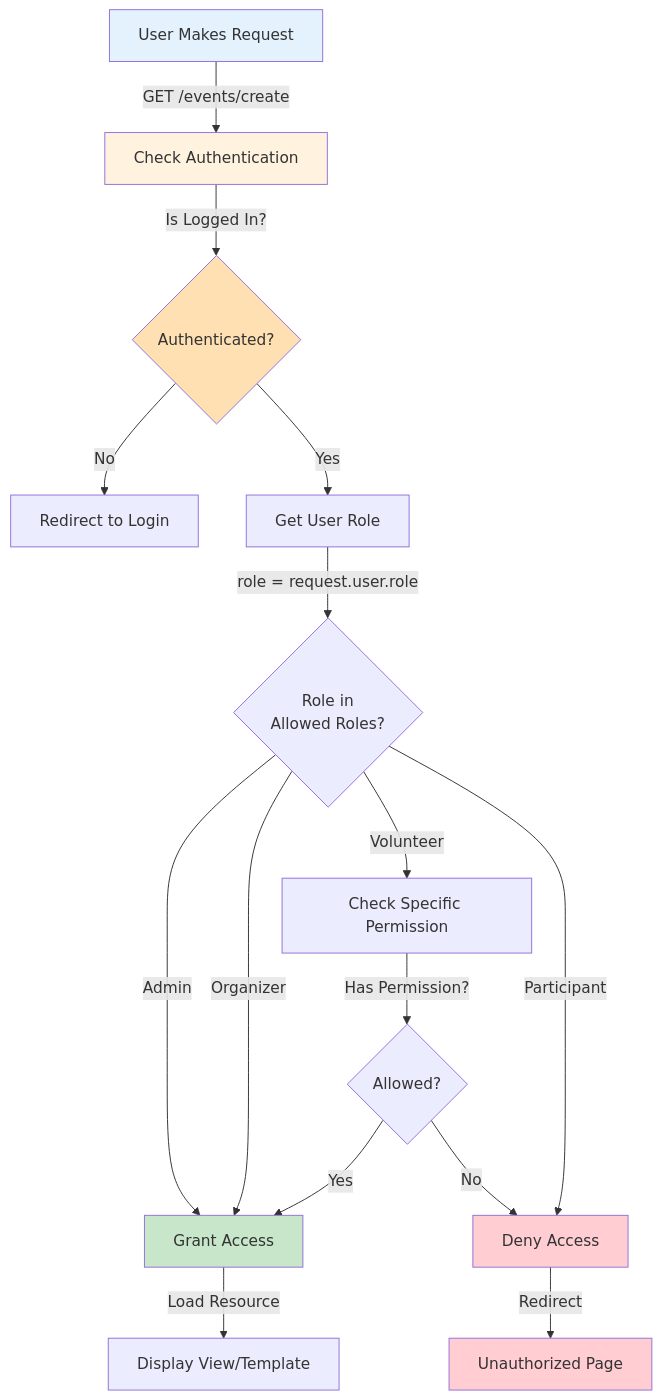
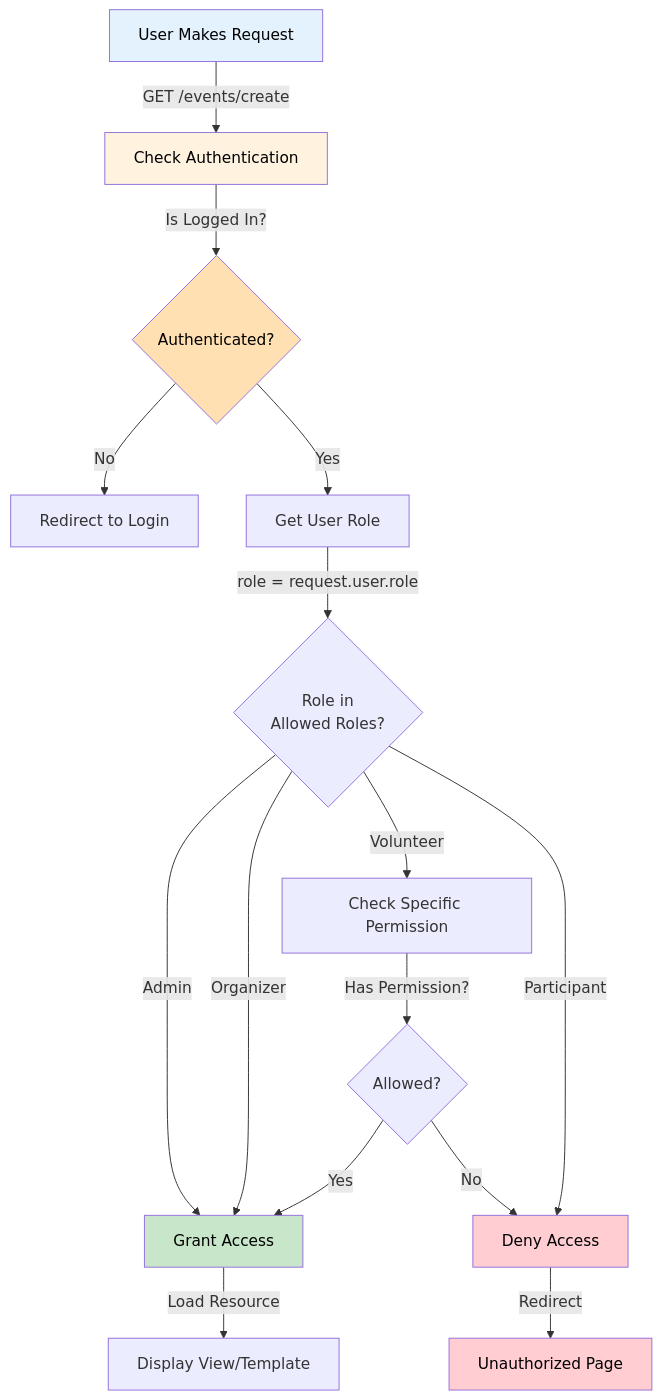
The seventh of 16 diagrams in LLD_DIA.md (shashankpandey04/event_manager), drawn with Mermaid before and after one commit. The commit also changed other lines of this file, not shown here.

Commit message:
fix: Update style attributes in LLD flow diagrams for consistent color formatting

````diff
--- a/LLD_DIA.md
+++ b/LLD_DIA.md
@@ -173,24 +173,24 @@
 ```mermaid
 graph TD
     A["User Makes Request"] -->|GET /events/create| B["Check Authentication"]
     B -->|Is Logged In?| C{"Authenticated?"}
     C -->|No| D["Redirect to Login"]
     C -->|Yes| E["Get User Role"]
     E -->|role = request.user.role| F{"Role in<br/>Allowed Roles?"}
     F -->|Admin| G["Grant Access"]
     F -->|Organizer| G
     F -->|Volunteer| H["Check Specific Permission"]
     F -->|Participant| I["Deny Access"]
     G -->|Load Resource| J["Display View/Template"]
     H -->|Has Permission?| K{"Allowed?"}
     K -->|Yes| G
     K -->|No| I
     I -->|Redirect| L["Unauthorized Page"]
     
-    style A fill:#e3f2fd
-    style B fill:#fff3e0
-    style C fill:#ffe0b2
-    style G fill:#c8e6c9
-    style I fill:#ffcdd2
-    style L fill:#ffcdd2
+    style A fill:#e3f2fd,color:#000000
+    style B fill:#fff3e0,color:#000000
+    style C fill:#ffe0b2,color:#000000
+    style G fill:#c8e6c9,color:#000000
+    style I fill:#ffcdd2,color:#000000
+    style L fill:#ffcdd2,color:#000000
 ```
````
